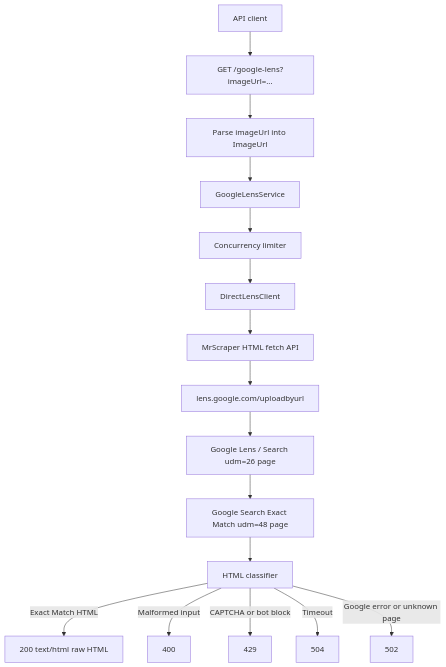
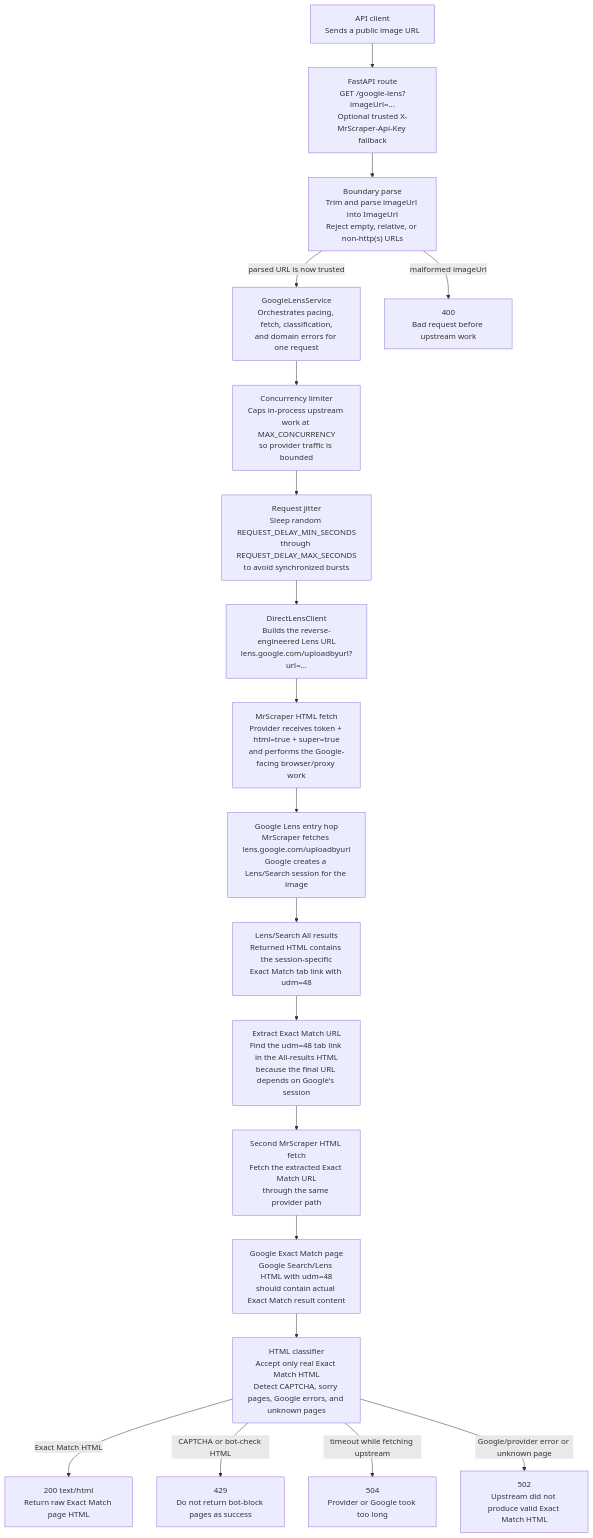
Before and after one commit to trumandaniels/API-for-Google-Lens: the diagram in README.md, drawn with Mermaid. The commit also changed other lines of this file and 6 other files, not shown here.

First line of the commit message:
Add support for optional per-request MrScraper API token override

````diff
--- a/README.md
+++ b/README.md
@@ -80,18 +91,21 @@
 ```mermaid
 flowchart TD
-    Client["API client"] --> Route["GET /google-lens?imageUrl=..."]
-    Route --> Parse["Parse imageUrl into ImageUrl"]
-    Parse --> Service["GoogleLensService"]
-    Service --> Limit["Concurrency limiter"]
-    Limit --> Direct["DirectLensClient"]
-    Direct --> Provider["MrScraper HTML fetch API"]
-    Provider --> Lens["lens.google.com/uploadbyurl"]
-    Lens --> Search["Google Lens / Search udm=26 page"]
-    Search --> Exact["Google Search Exact Match udm=48 page"]
-    Exact --> Classifier["HTML classifier"]
-    Classifier -->|Exact Match HTML| Success["200 text/html raw HTML"]
-    Classifier -->|Malformed input| BadRequest["400"]
-    Classifier -->|CAPTCHA or bot block| Blocked["429"]
-    Classifier -->|Timeout| Timeout["504"]
-    Classifier -->|Google error or unknown page| UpstreamError["502"]
+    Client["API client<br/>Sends a public image URL"] --> Route["FastAPI route<br/>GET /google-lens?imageUrl=...<br/>Optional trusted X-MrScraper-Api-Key fallback"]
+    Route --> Parse["Boundary parse<br/>Trim and parse imageUrl into ImageUrl<br/>Reject empty, relative, or non-http(s) URLs"]
+    Parse -->|parsed URL is now trusted| Service["GoogleLensService<br/>Orchestrates pacing, fetch, classification,<br/>and domain errors for one request"]
+    Service --> Limit["Concurrency limiter<br/>Caps in-process upstream work at MAX_CONCURRENCY<br/>so provider traffic is bounded"]
+    Limit --> Jitter["Request jitter<br/>Sleep random REQUEST_DELAY_MIN_SECONDS<br/>through REQUEST_DELAY_MAX_SECONDS<br/>to avoid synchronized bursts"]
+    Jitter --> Direct["DirectLensClient<br/>Builds the reverse-engineered Lens URL<br/>lens.google.com/uploadbyurl?url=..."]
+    Direct --> ProviderEntry["MrScraper HTML fetch<br/>Provider receives token + html=true + super=true<br/>and performs the Google-facing browser/proxy work"]
+    ProviderEntry --> Lens["Google Lens entry hop<br/>MrScraper fetches lens.google.com/uploadbyurl<br/>Google creates a Lens/Search session for the image"]
+    Lens --> Search["Lens/Search All results<br/>Returned HTML contains the session-specific<br/>Exact Match tab link with udm=48"]
+    Search --> Extract["Extract Exact Match URL<br/>Find the udm=48 tab link in the All-results HTML<br/>because the final URL depends on Google's session"]
+    Extract --> ProviderExact["Second MrScraper HTML fetch<br/>Fetch the extracted Exact Match URL<br/>through the same provider path"]
+    ProviderExact --> Exact["Google Exact Match page<br/>Google Search/Lens HTML with udm=48<br/>should contain actual Exact Match result content"]
+    Exact --> Classifier["HTML classifier<br/>Accept only real Exact Match HTML<br/>Detect CAPTCHA, sorry pages, Google errors, and unknown pages"]
+    Parse -->|malformed imageUrl| BadRequest["400<br/>Bad request before upstream work"]
+    Classifier -->|Exact Match HTML| Success["200 text/html<br/>Return raw Exact Match page HTML"]
+    Classifier -->|CAPTCHA or bot-check HTML| Blocked["429<br/>Do not return bot-block pages as success"]
+    Classifier -->|timeout while fetching upstream| Timeout["504<br/>Provider or Google took too long"]
+    Classifier -->|Google/provider error or unknown page| UpstreamError["502<br/>Upstream did not produce valid Exact Match HTML"]
 ```
````
